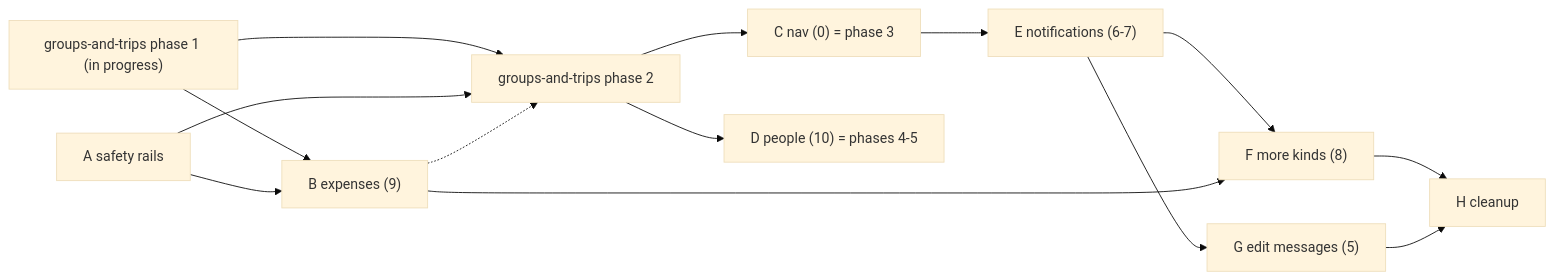
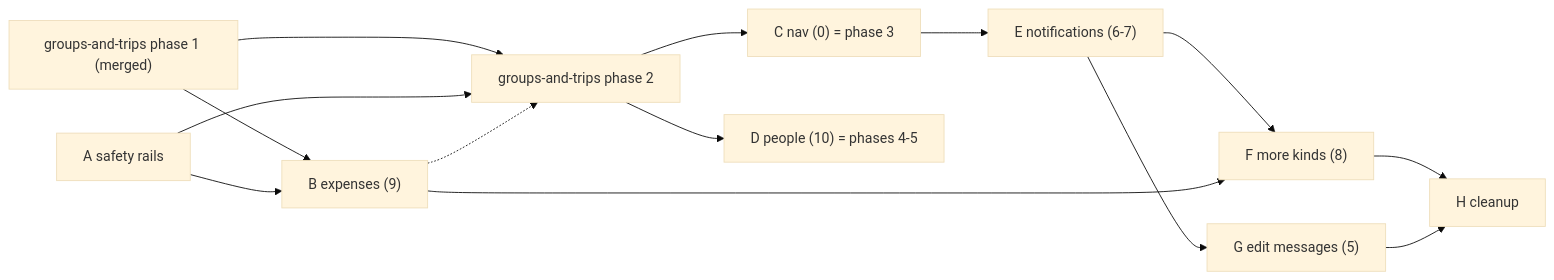
One commit to idodjeen/camping changed the third of 3 diagrams in docs/roadmap.md. Above: the diagram before and after it, drawn with Mermaid (base theme). The commit also changed other lines of this file, not shown here.

First line of the commit message:
Update the roadmap for groups-and-trips phase 1 landing on main [no-popup]

````diff
--- a/docs/roadmap.md
+++ b/docs/roadmap.md
@@ -637,16 +652,16 @@
 ```mermaid
 flowchart LR
-  P1["groups-and-trips phase 1 (in progress)"] --> B["B expenses (9)"]
+  P1["groups-and-trips phase 1 (merged)"] --> B["B expenses (9)"]
   A["A safety rails"] --> B
   P1 --> P2["groups-and-trips phase 2"]
   A --> P2
   B -.-> P2
   P2 --> C["C nav (0) = phase 3"]
   P2 --> D["D people (10) = phases 4-5"]
   C --> E["E notifications (6-7)"]
   E --> F["F more kinds (8)"]
   B --> F
   E --> G["G edit messages (5)"]
   F --> H["H cleanup"]
   G --> H
 ```
````
